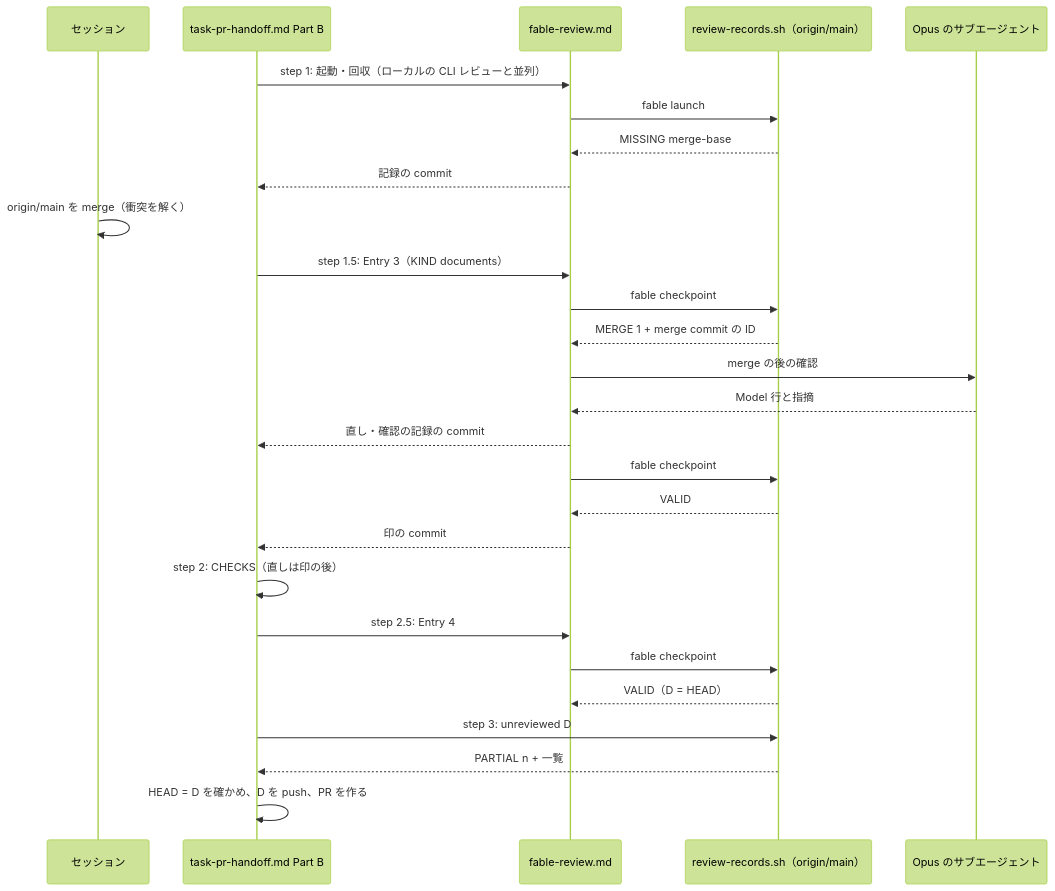
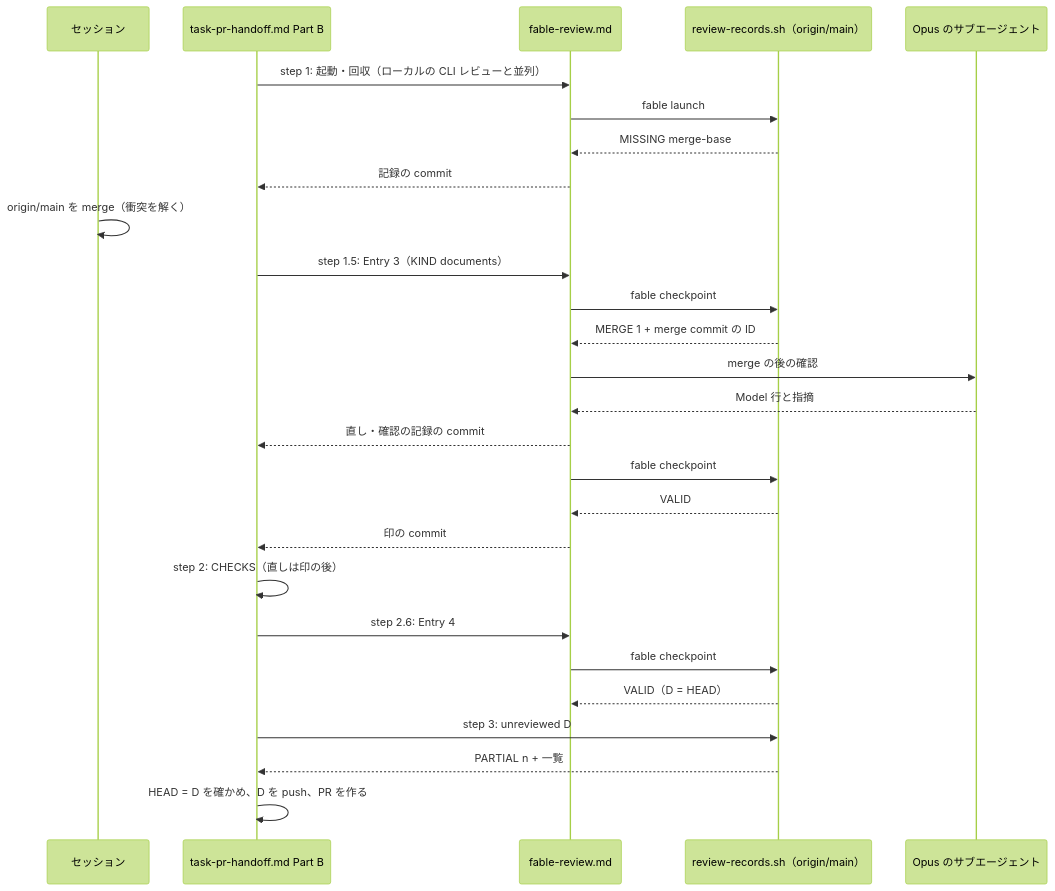
Before and after one commit to isseis/yt2column: the third of 5 diagrams in docs/tasks/0114_fable_record_after_merge/02_architecture.md, drawn with Mermaid (forest theme). The commit also changed other lines of this file and 7 other files, not shown here.

````diff
--- a/docs/tasks/0114_fable_record_after_merge/02_architecture.md
+++ b/docs/tasks/0114_fable_record_after_merge/02_architecture.md
@@ -217,30 +228,30 @@
 ```mermaid
 sequenceDiagram
     participant S as セッション
     participant H as task-pr-handoff.md Part B
     participant F as fable-review.md
     participant R as review-records.sh（origin/main）
     participant O as Opus のサブエージェント
 
     H->>F: step 1: 起動・回収（ローカルの CLI レビューと並列）
     F->>R: fable launch
     R-->>F: MISSING merge-base
     F-->>H: 記録の commit
     S->>S: origin/main を merge（衝突を解く）
     H->>F: step 1.5: Entry 3（KIND documents）
     F->>R: fable checkpoint
     R-->>F: MERGE 1 + merge commit の ID
     F->>O: merge の後の確認
     O-->>F: Model 行と指摘
     F-->>H: 直し・確認の記録の commit
     F->>R: fable checkpoint
     R-->>F: VALID
     F-->>H: 印の commit
     H->>H: step 2: CHECKS（直しは印の後）
-    H->>F: step 2.5: Entry 4
+    H->>F: step 2.6: Entry 4
     F->>R: fable checkpoint
     R-->>F: VALID（D = HEAD）
     H->>R: step 3: unreviewed D
     R-->>H: PARTIAL n + 一覧
     H->>H: HEAD = D を確かめ、D を push、PR を作る
 ```
````
